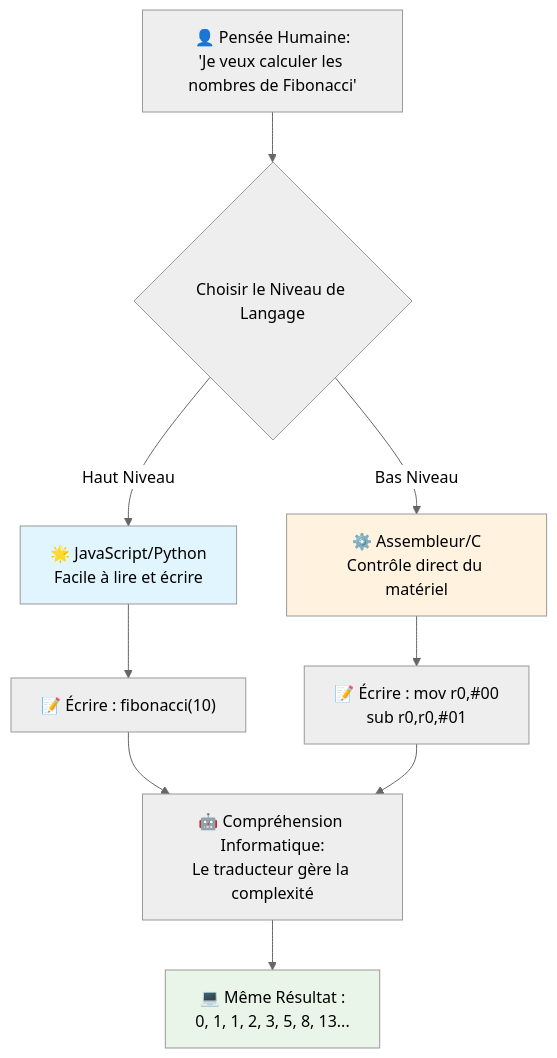
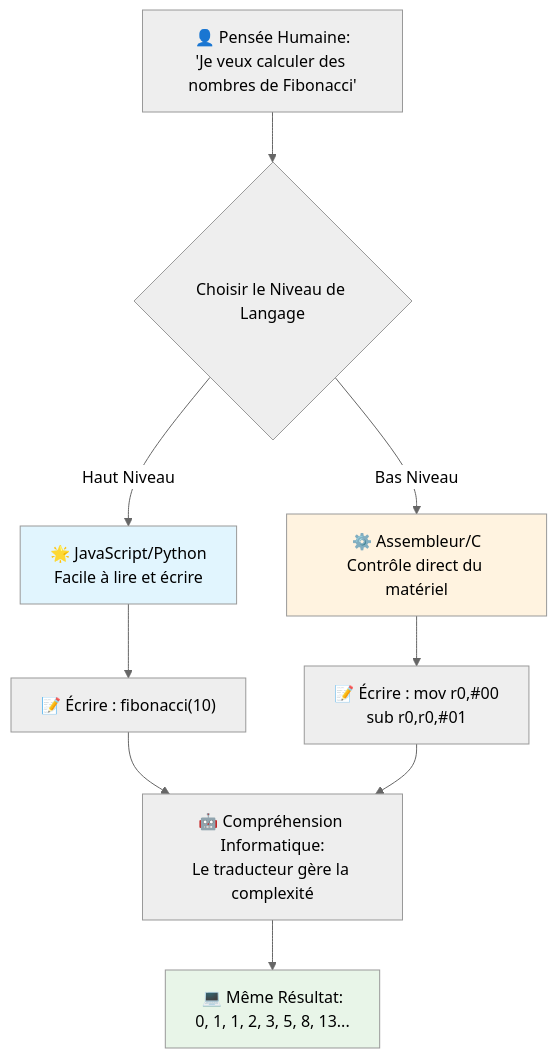
Before and after one commit to microsoft/Web-Dev-For-Beginners: the third of 7 diagrams in translations/fr/1-getting-started-lessons/1-intro-to-programming-languages/README.md, drawn with Mermaid (neutral theme). The commit also changed other lines of this file and 8 other files, not shown here.

````diff
--- a/translations/fr/1-getting-started-lessons/1-intro-to-programming-languages/README.md
+++ b/translations/fr/1-getting-started-lessons/1-intro-to-programming-languages/README.md
@@ -147,19 +148,19 @@
 ```mermaid
 flowchart TB
-    A["👤 Pensée Humaine:<br/>'Je veux calculer les nombres de Fibonacci'"] --> B{Choisir le Niveau de Langage}
+    A["👤 Pensée Humaine:<br/>'Je veux calculer des nombres de Fibonacci'"] --> B{Choisir le Niveau de Langage}
     
     B -->|Haut Niveau| C["🌟 JavaScript/Python<br/>Facile à lire et écrire"]
     B -->|Bas Niveau| D["⚙️ Assembleur/C<br/>Contrôle direct du matériel"]
     
     C --> E["📝 Écrire : fibonacci(10)"]
     D --> F["📝 Écrire : mov r0,#00<br/>sub r0,r0,#01"]
     
     E --> G["🤖 Compréhension Informatique:<br/>Le traducteur gère la complexité"]
     F --> G
     
-    G --> H["💻 Même Résultat :<br/>0, 1, 1, 2, 3, 5, 8, 13..."]
+    G --> H["💻 Même Résultat:<br/>0, 1, 1, 2, 3, 5, 8, 13..."]
     
     style C fill:#e1f5fe
     style D fill:#fff3e0
     style H fill:#e8f5e8
 ```
````
